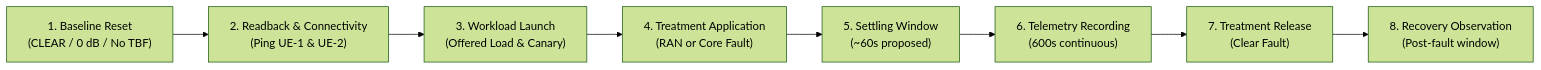
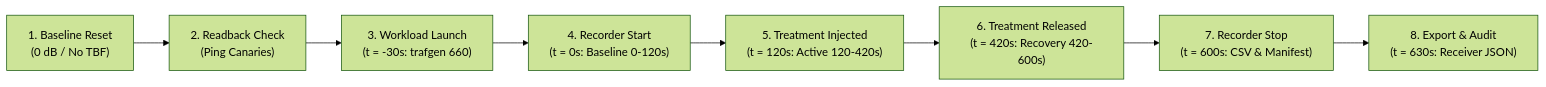
One commit to IdhulRahman/Thesis changed the diagram in docs/experiments/methodology.md. Above: the diagram before and after it, drawn with Mermaid (forest theme). The commit also changed other lines of this file and 3 other files, not shown here.

Commit message:
docs: align continuous protocol timeline, scenario parameters, calibration topology, and root README

````diff
--- a/docs/experiments/methodology.md
+++ b/docs/experiments/methodology.md
@@ -161,10 +161,10 @@
 ```mermaid
 flowchart LR
-    A["1. Baseline Reset\n(CLEAR / 0 dB / No TBF)"] --> B["2. Readback & Connectivity\n(Ping UE-1 & UE-2)"]
-    B --> C["3. Workload Launch\n(Offered Load & Canary)"]
-    C --> D["4. Treatment Application\n(RAN or Core Fault)"]
-    D --> E["5. Settling Window\n(~60s proposed)"]
-    E --> F["6. Telemetry Recording\n(600s continuous)"]
-    F --> G["7. Treatment Release\n(Clear Fault)"]
-    G --> H["8. Recovery Observation\n(Post-fault window)"]
+    A["1. Baseline Reset\n(0 dB / No TBF)"] --> B["2. Readback Check\n(Ping Canaries)"]
+    B --> C["3. Workload Launch\n(t = -30s: trafgen 660)"]
+    C --> D["4. Recorder Start\n(t = 0s: Baseline 0-120s)"]
+    D --> E["5. Treatment Injected\n(t = 120s: Active 120-420s)"]
+    E --> F["6. Treatment Released\n(t = 420s: Recovery 420-600s)"]
+    F --> G["7. Recorder Stop\n(t = 600s: CSV & Manifest)"]
+    G --> H["8. Export & Audit\n(t = 630s: Receiver JSON)"]
 ```
````
